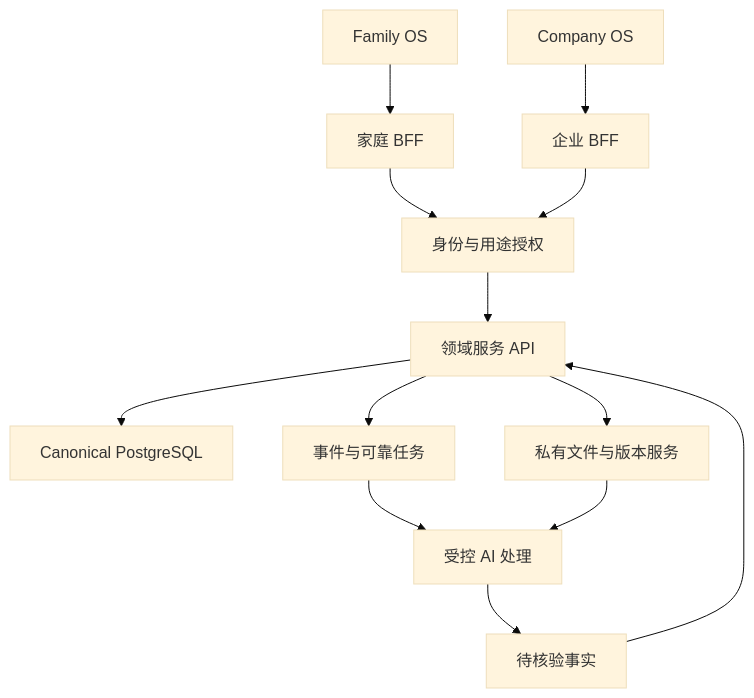
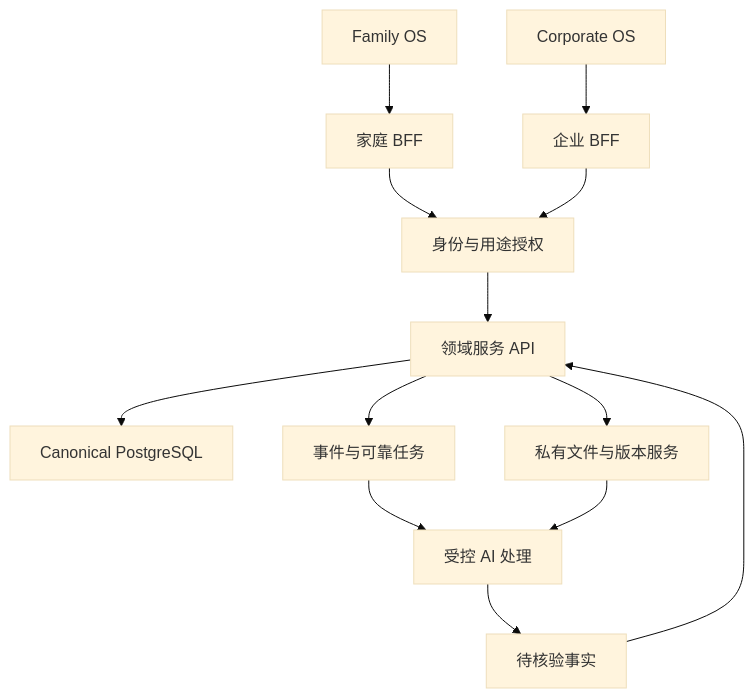
One commit to yvettfang-netizen/phoenix changed the first of 4 diagrams in docs/architecture/enterprise-v3-20261120/README.md. Above: the diagram before and after it, drawn with Mermaid (base theme). The commit also changed other lines of this file and 10 other files, not shown here.

````diff
--- a/docs/architecture/enterprise-v3-20261120/README.md
+++ b/docs/architecture/enterprise-v3-20261120/README.md
@@ -57,15 +57,15 @@
 ```mermaid
 flowchart TB
   F[Family OS] --> FB[家庭 BFF]
-  C[Company OS] --> CB[企业 BFF]
+  C[Corporate OS] --> CB[企业 BFF]
   FB --> I[身份与用途授权]
   CB --> I
   I --> D[领域服务 API]
   D --> P[Canonical PostgreSQL]
   D --> O[私有文件与版本服务]
   D --> E[事件与可靠任务]
   E --> A[受控 AI 处理]
   A --> R[待核验事实]
   R --> D
   O --> A
 ```
````
